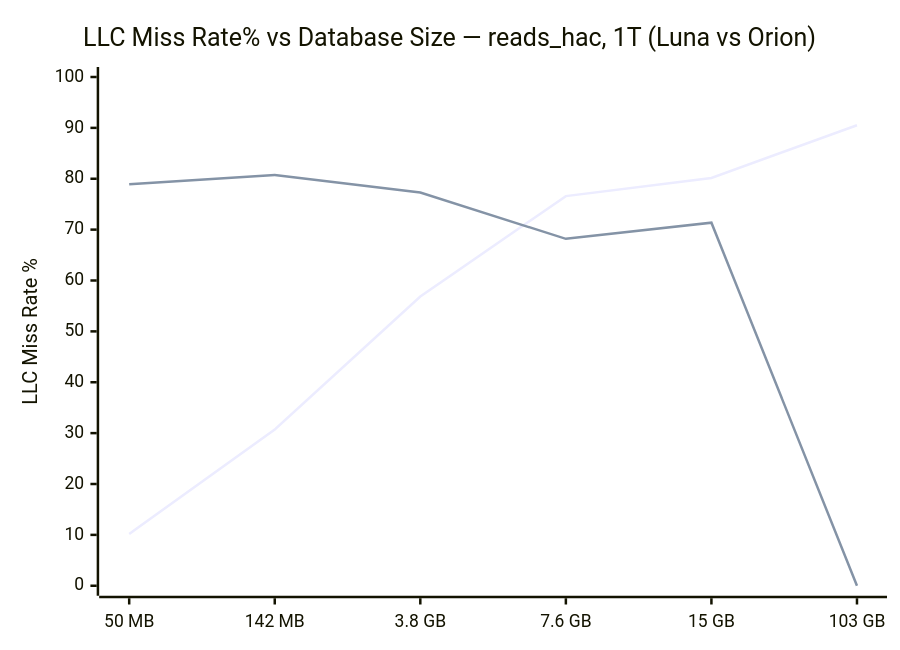
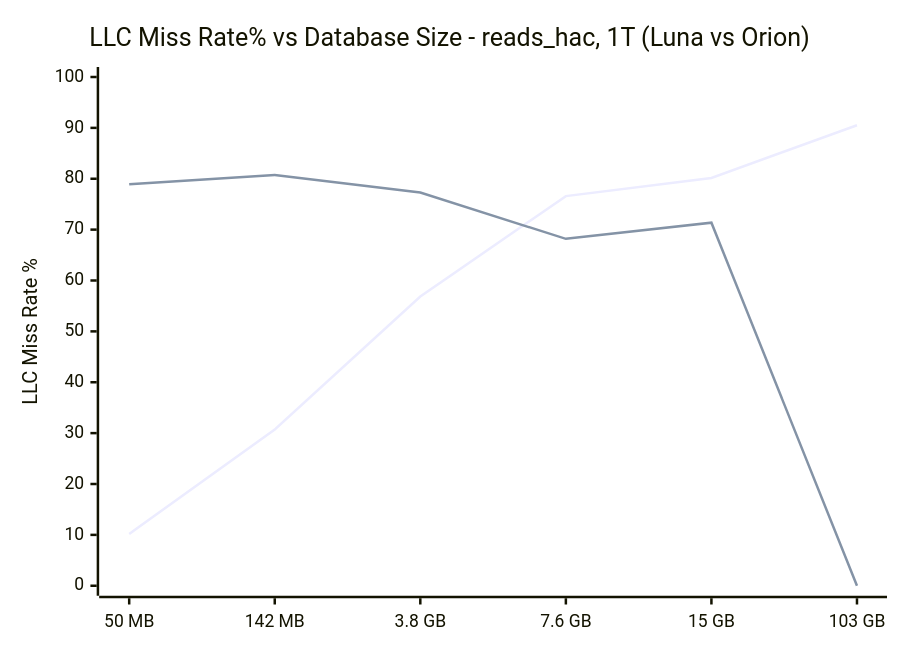
Before and after one commit to KathpaliaChirag/Nanopore-project: diagram 14 of 26 in README.md, drawn with Mermaid. The commit also changed other lines of this file and 4 other files, not shown here.

````diff
--- a/README.md
+++ b/README.md
@@ -588,8 +623,8 @@
 ```mermaid
 xychart-beta
-    title "LLC Miss Rate% vs Database Size — reads_hac, 1T (Luna vs Orion)"
+    title "LLC Miss Rate% vs Database Size - reads_hac, 1T (Luna vs Orion)"
     x-axis ["50 MB", "142 MB", "3.8 GB", "7.6 GB", "15 GB", "103 GB"]
     y-axis "LLC Miss Rate %" 0 --> 100
     line [10.19, 30.70, 56.85, 76.59, 80.15, 90.52]
     line [78.92, 80.75, 77.28, 68.19, 71.36, 0]
 ```
````
